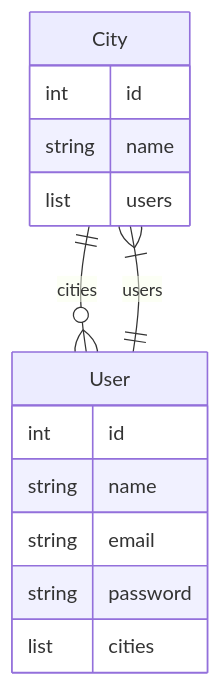
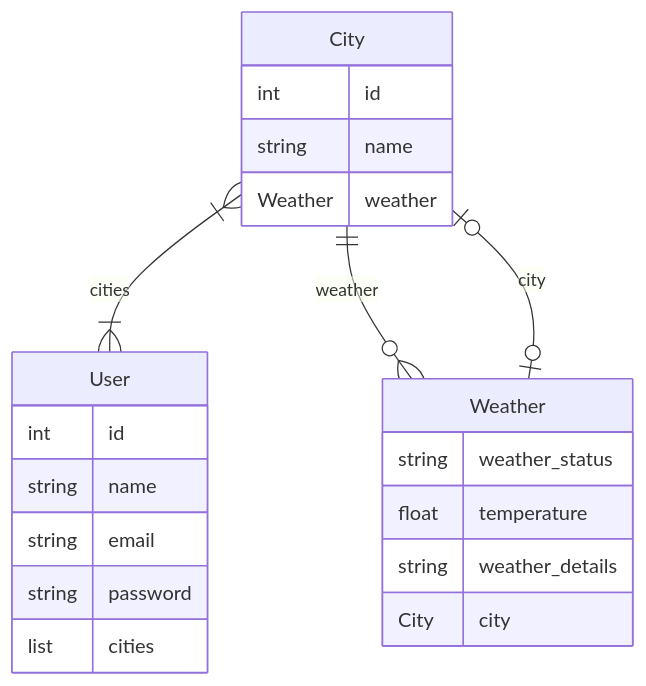
The diagram in schema.mmd (Abdouuul/MP3-Manager), drawn with Mermaid before and after one commit.

Commit message:
file(schema): updated diagram

```diff
--- a/schema.mmd
+++ b/schema.mmd
@@ -1,18 +1,26 @@
 
 erDiagram
-    City ||--o{ User : cities
-    User ||--|{ City : users
+    City }|--|{ User : cities
+    City ||--o{ Weather : weather
+    Weather |o--o| City : city
     
     User {
         int id
         string name
         string email
         string password
         list cities
     }
     City {
         int id
         string name
-        list users
+        Weather weather
 
     }
+
+    Weather {
+        string weather_status
+        float temperature
+        string weather_details
+        City city
+    }
```
